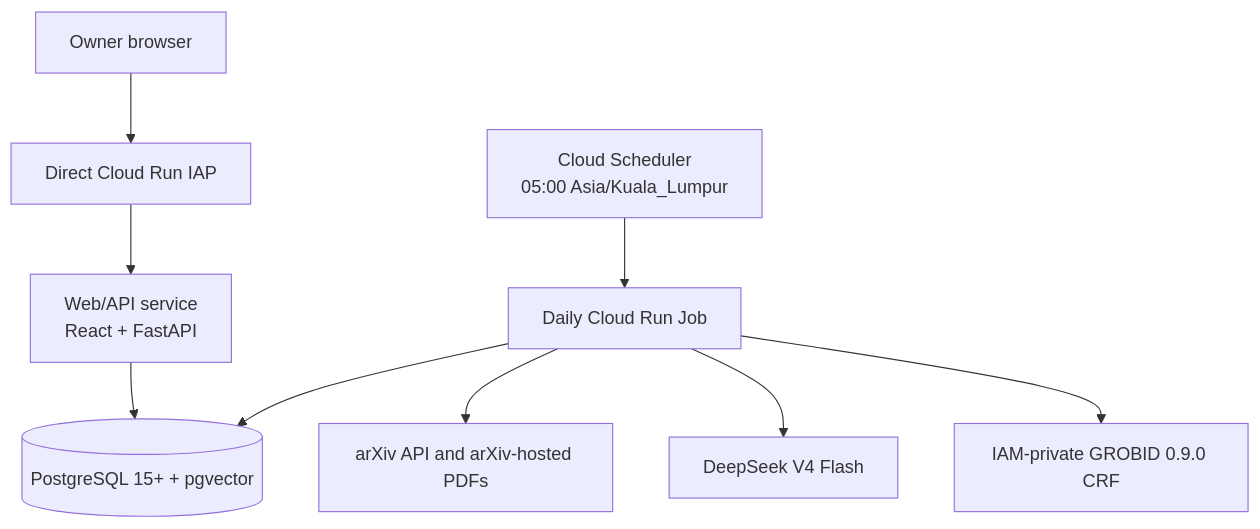
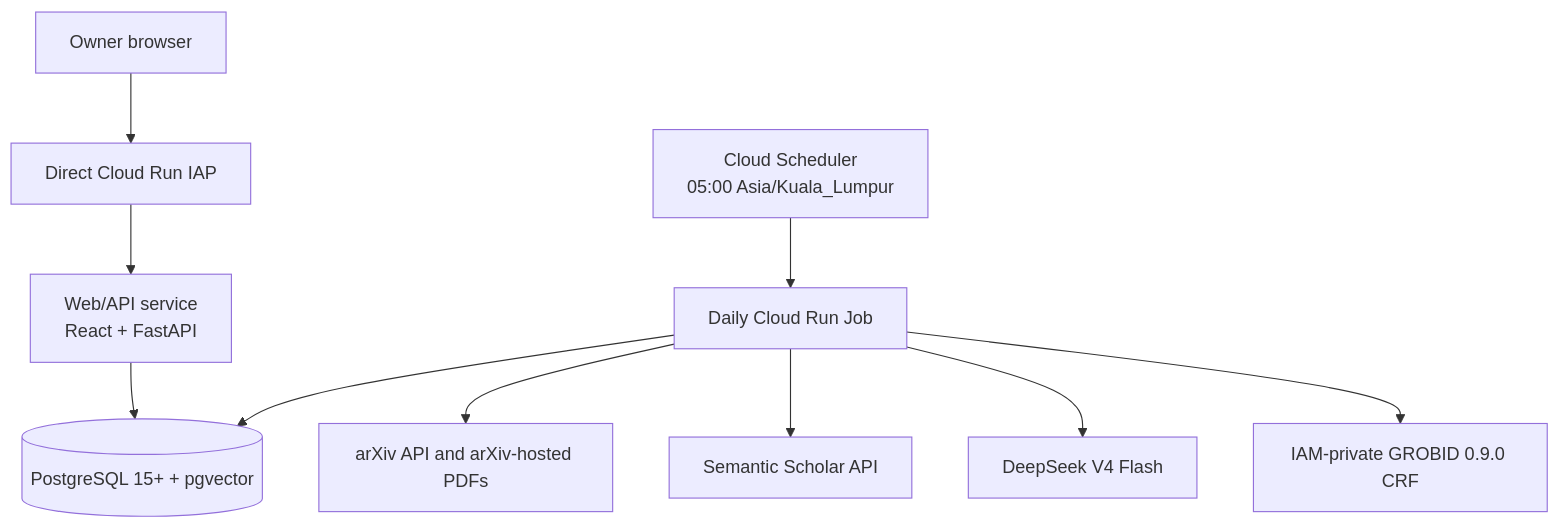
The diagram in README.md (ArcueidMP/Domain-Specific-Paper-Harness), drawn with Mermaid before and after one commit. The commit also changed other lines of this file and 91 other files, not shown here.

Commit message:
feat(m3): add PaSa and Semantic Scholar comparison (#2)

````diff
--- a/README.md
+++ b/README.md
@@ -83,11 +115,12 @@
 ```mermaid
 flowchart TD
     Browser["Owner browser"] --> IAP["Direct Cloud Run IAP"]
     IAP --> Web["Web/API service<br/>React + FastAPI"]
     Web --> DB[("PostgreSQL 15+ + pgvector")]
     Scheduler["Cloud Scheduler<br/>05:00 Asia/Kuala_Lumpur"] --> Daily["Daily Cloud Run Job"]
     Daily --> Arxiv["arXiv API and arXiv-hosted PDFs"]
+    Daily --> SemanticScholar["Semantic Scholar API"]
     Daily --> DeepSeek["DeepSeek V4 Flash"]
     Daily --> Grobid["IAM-private GROBID 0.9.0 CRF"]
     Daily --> DB
 ```
````
